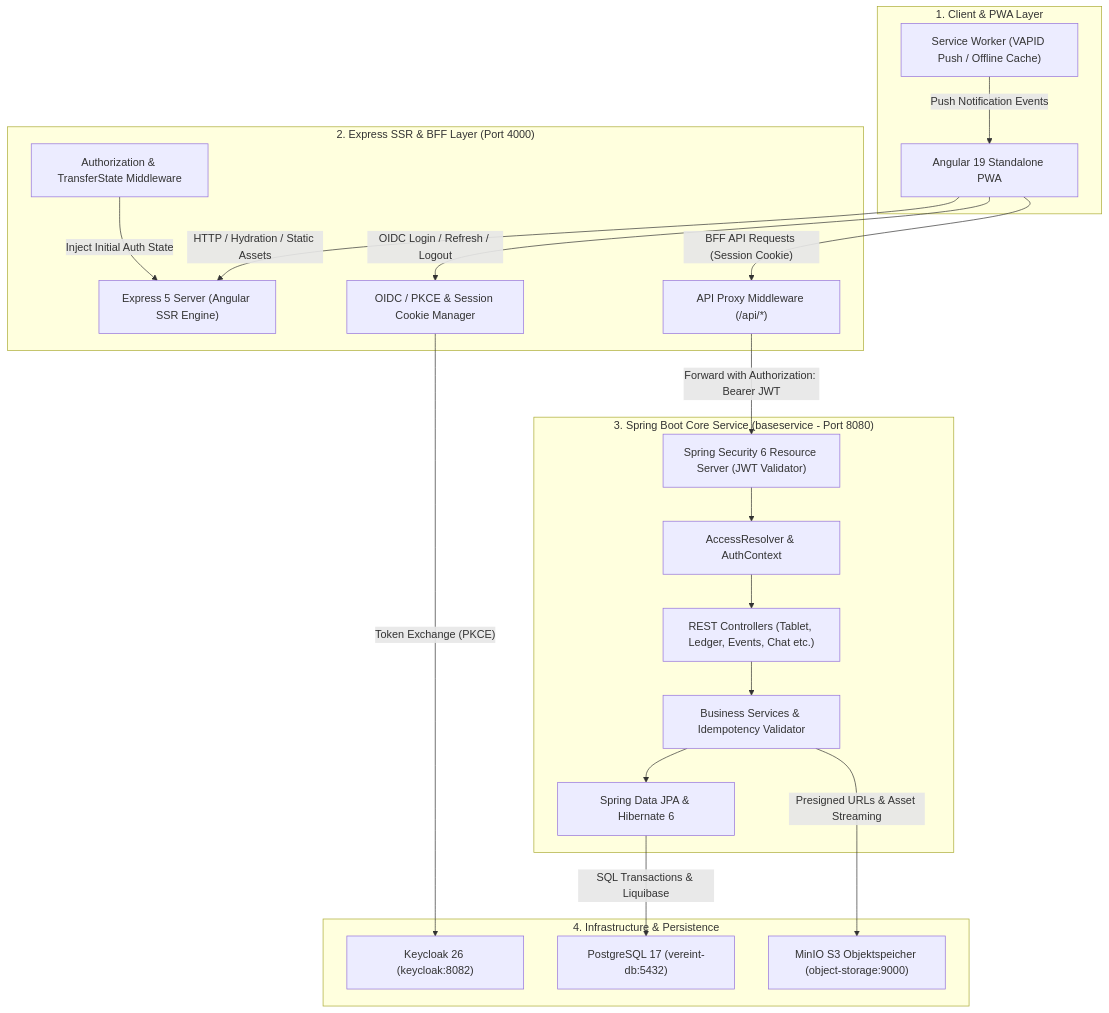
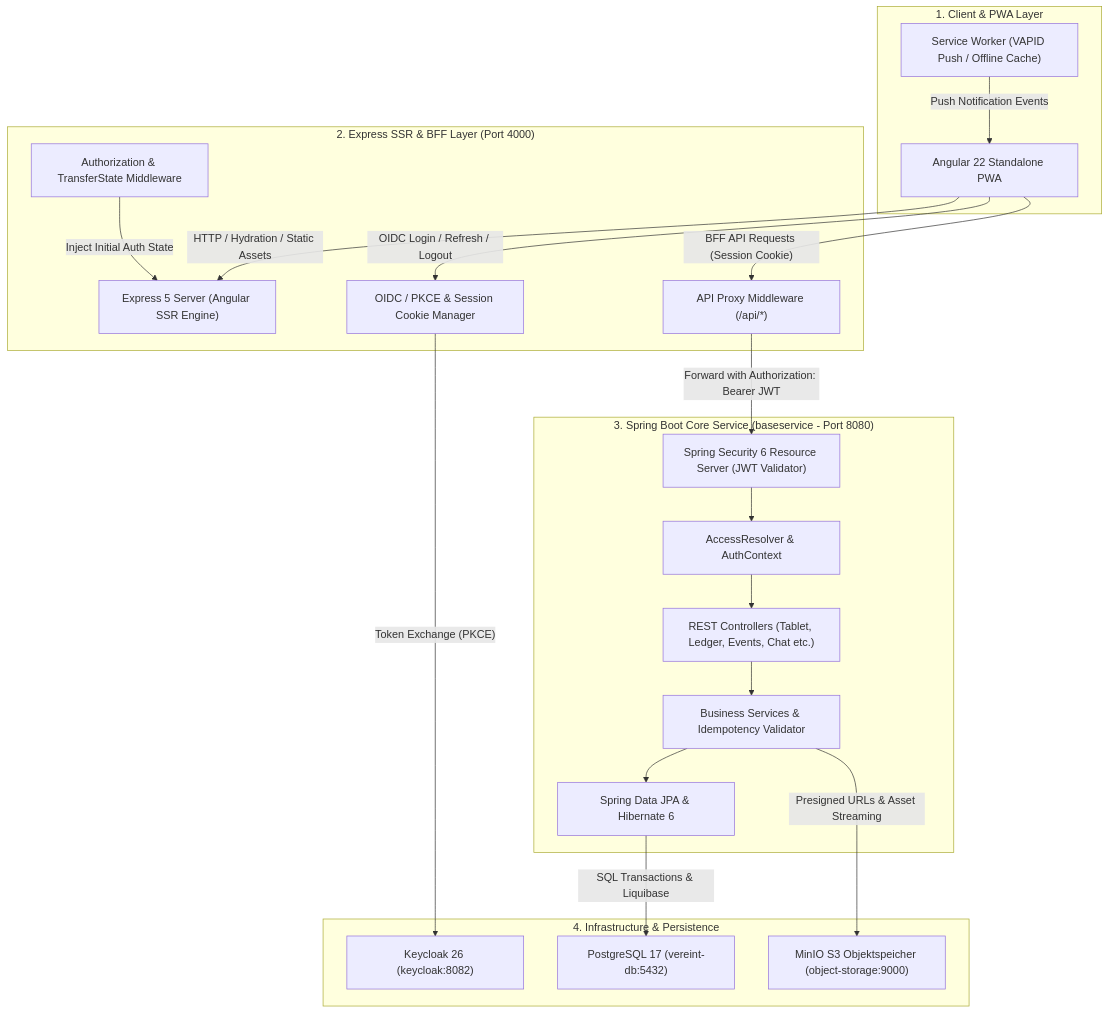
The first of 2 diagrams in docs/architecture/system-overview.md (damaurer/vereint), drawn with Mermaid before and after one commit. The commit also changed other lines of this file and 5 other files, not shown here.

````diff
--- a/docs/architecture/system-overview.md
+++ b/docs/architecture/system-overview.md
@@ -11,44 +11,44 @@
 ```mermaid
 graph TD
     subgraph ClientLayer ["1. Client & PWA Layer"]
-        Browser["Angular 19 Standalone PWA"]
+        Browser["Angular 22 Standalone PWA"]
         SW["Service Worker (VAPID Push / Offline Cache)"]
     end
 
     subgraph BFFLayer ["2. Express SSR & BFF Layer (Port 4000)"]
         SSR["Express 5 Server (Angular SSR Engine)"]
         AuthBFF["OIDC / PKCE & Session Cookie Manager"]
         DeliveryMW["Authorization & TransferState Middleware"]
         ApiProxy["API Proxy Middleware (/api/*)"]
     end
 
     subgraph BackendLayer ["3. Spring Boot Core Service (baseservice - Port 8080)"]
         SecFilter["Spring Security 6 Resource Server (JWT Validator)"]
         AccessCtrl["AccessResolver & AuthContext"]
         Controllers["REST Controllers (Tablet, Ledger, Events, Chat etc.)"]
         Services["Business Services & Idempotency Validator"]
         DataLayer["Spring Data JPA & Hibernate 6"]
     end
 
     subgraph InfraLayer ["4. Infrastructure & Persistence"]
         PG["PostgreSQL 17 (vereint-db:5432)"]
         KC["Keycloak 26 (keycloak:8082)"]
         S3["MinIO S3 Objektspeicher (object-storage:9000)"]
     end
 
     Browser -->|HTTP / Hydration / Static Assets| SSR
     Browser -->|OIDC Login / Refresh / Logout| AuthBFF
     Browser -->|"BFF API Requests (Session Cookie)"| ApiProxy
     SW -->|Push Notification Events| Browser
 
     AuthBFF -->|"Token Exchange (PKCE)"| KC
     DeliveryMW -->|Inject Initial Auth State| SSR
     ApiProxy -->|Forward with Authorization: Bearer JWT| SecFilter
 
     SecFilter --> AccessCtrl
     AccessCtrl --> Controllers
     Controllers --> Services
     Services --> DataLayer
     DataLayer -->|SQL Transactions & Liquibase| PG
     Services -->|Presigned URLs & Asset Streaming| S3
 ```
````
